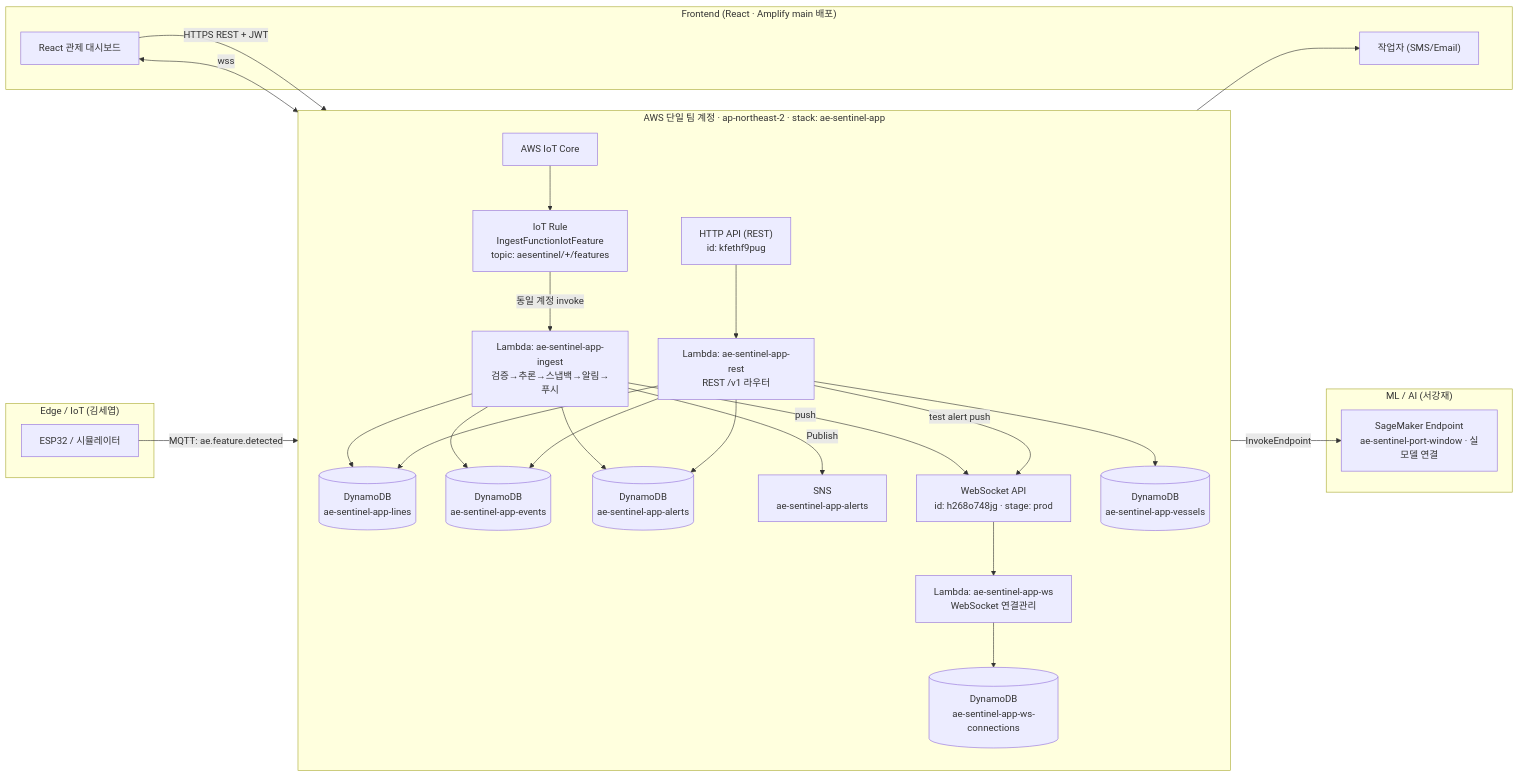
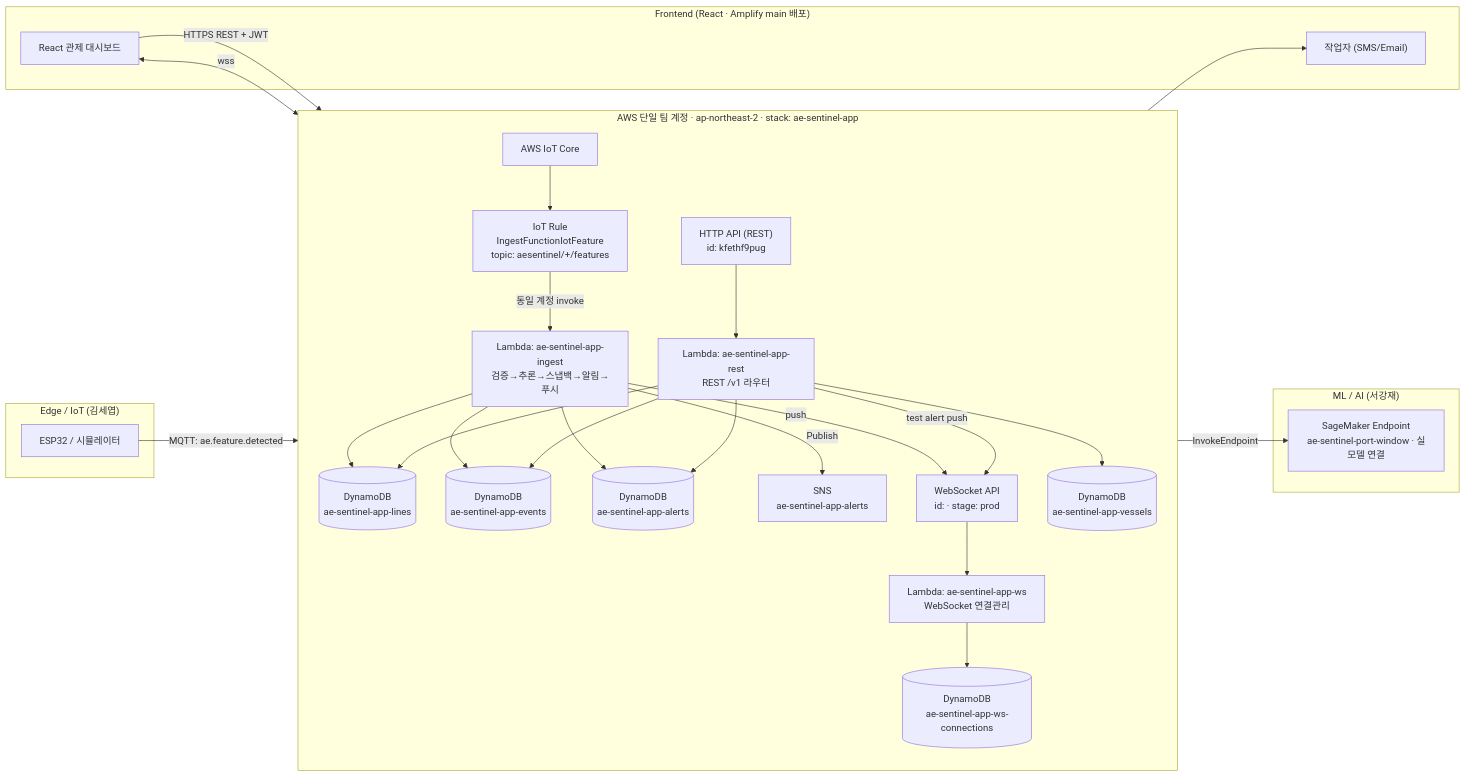
The diagram in docs/operations/aws-application-account-guide.md (AWS-PBL-6/docs), drawn with Mermaid before and after one commit. The commit also changed other lines of this file and 1 other file, not shown here.

Commit message:
docs: mask unauthenticated WebSocket api id before going public

````diff
--- a/docs/operations/aws-application-account-guide.md
+++ b/docs/operations/aws-application-account-guide.md
@@ -30,46 +30,46 @@
 ```mermaid
 flowchart LR
     subgraph EDGE["Edge / IoT (김세엽)"]
         ESP["ESP32 / 시뮬레이터"]
     end
 
     subgraph ACCT["AWS 단일 팀 계정 · ap-northeast-2 · stack: ae-sentinel-app"]
         direction TB
 
         IOTCORE["AWS IoT Core"]
         RULE["IoT Rule<br/>IngestFunctionIotFeature<br/>topic: aesentinel/+/features"]
 
         INGEST["Lambda: ae-sentinel-app-ingest<br/>검증→추론→스냅백→알림→푸시"]
         REST["Lambda: ae-sentinel-app-rest<br/>REST /v1 라우터"]
         WS["Lambda: ae-sentinel-app-ws<br/>WebSocket 연결관리"]
 
         HTTPAPI["HTTP API (REST)<br/>id: kfethf9pug"]
-        WSAPI["WebSocket API<br/>id: h268o748jg · stage: prod"]
+        WSAPI["WebSocket API<br/>id: <ws-api-id> · stage: prod"]
 
         LINES[("DynamoDB<br/>ae-sentinel-app-lines")]
         EVENTS[("DynamoDB<br/>ae-sentinel-app-events")]
         ALERTS[("DynamoDB<br/>ae-sentinel-app-alerts")]
         CONN[("DynamoDB<br/>ae-sentinel-app-ws-connections")]
         VESSELS[("DynamoDB<br/>ae-sentinel-app-vessels")]
         SNS["SNS<br/>ae-sentinel-app-alerts"]
     end
 
     subgraph ML["ML / AI (서강재)"]
         SM["SageMaker Endpoint<br/>ae-sentinel-port-window · 실모델 연결"]
     end
 
     subgraph FE["Frontend (React · Amplify main 배포)"]
         DASH["React 관제 대시보드"]
         WORKER["작업자 (SMS/Email)"]
     end
 
     ESP -->|"MQTT: ae.feature.detected"| IOTCORE --> RULE -->|"동일 계정 invoke"| INGEST
     INGEST -->|"InvokeEndpoint"| SM
     INGEST --> LINES & EVENTS & ALERTS
     INGEST -->|"Publish"| SNS --> WORKER
     INGEST -->|"push"| WSAPI
 
     DASH -->|"HTTPS REST + JWT"| HTTPAPI --> REST --> LINES & EVENTS & ALERTS & VESSELS
     DASH <-->|"wss"| WSAPI --> WS --> CONN
     REST -->|"test alert push"| WSAPI
 ```
````
